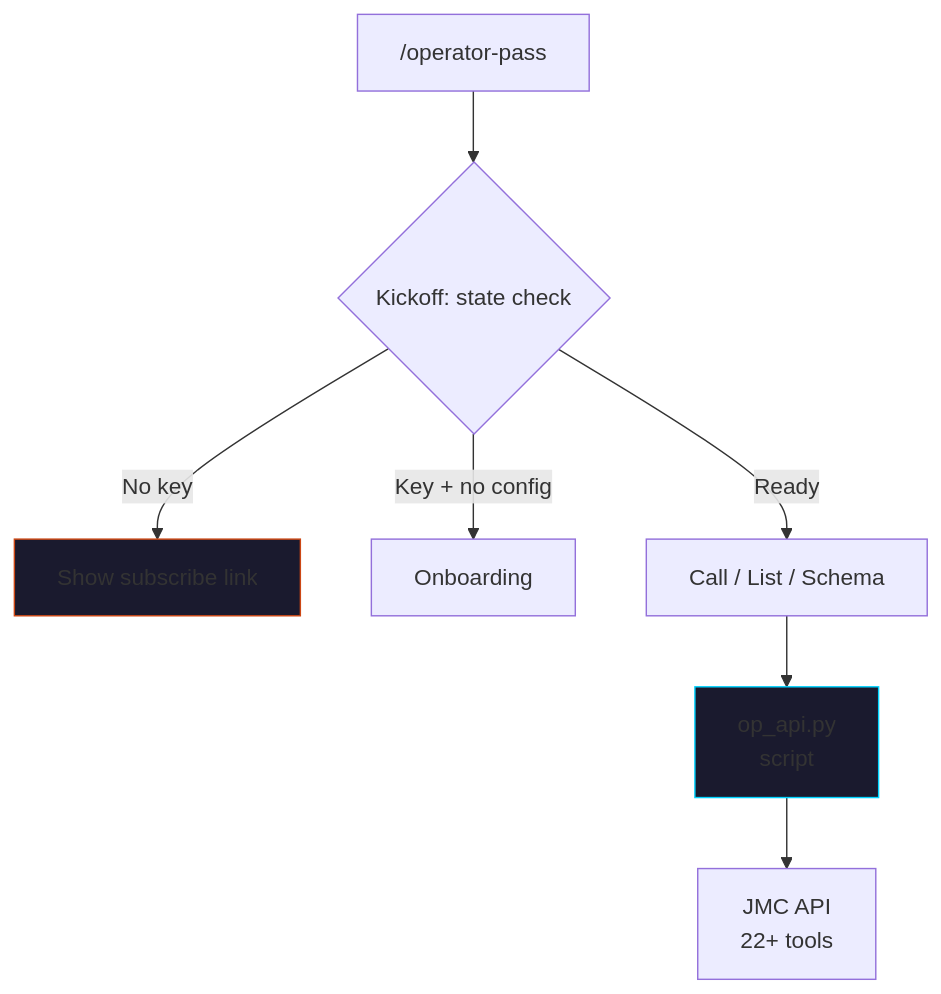
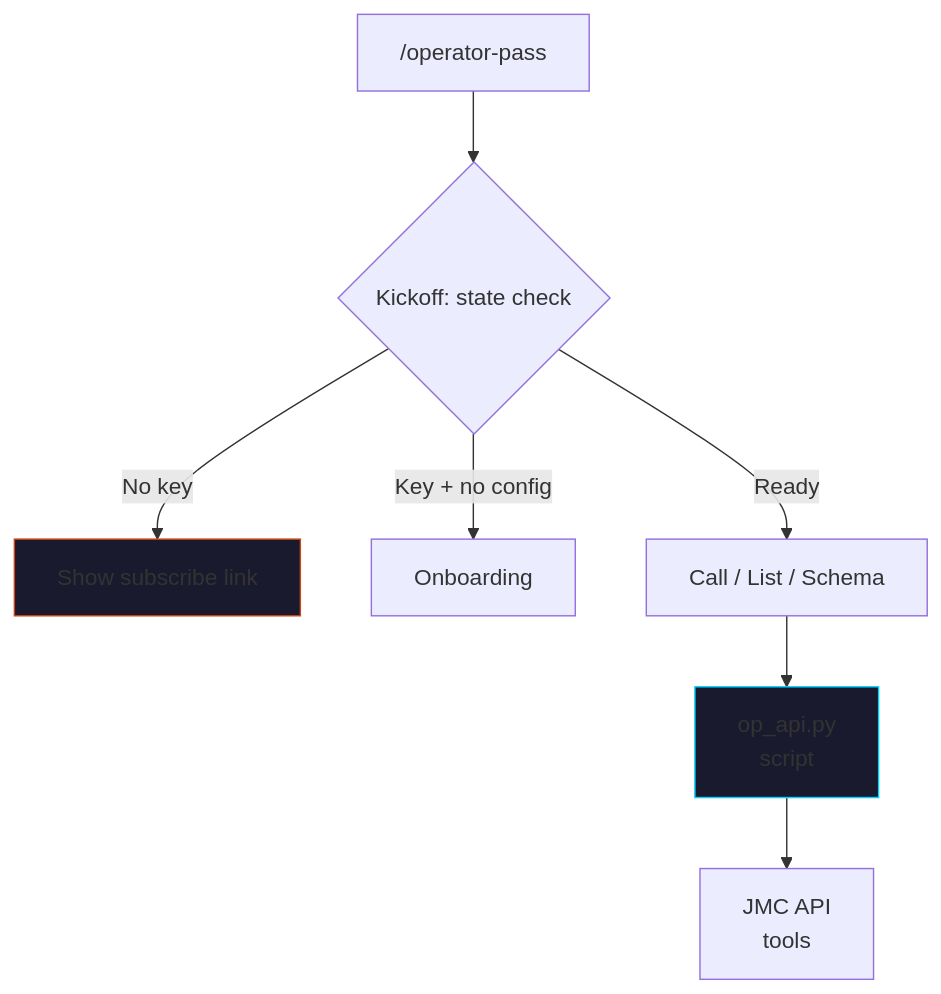
Before and after one commit to JMC-Go-to-market/claude-operator-pass: the diagram in README.md, drawn with Mermaid. The commit also changed other lines of this file and 7 other files, not shown here.

````diff
--- a/README.md
+++ b/README.md
@@ -31,12 +31,12 @@
 ```mermaid
 graph TB
     A["/operator-pass"] --> B{Kickoff: state check}
     B -->|No key| C[Show subscribe link]
     B -->|Key + no config| D[Onboarding]
     B -->|Ready| E[Call / List / Schema]
     E --> F[op_api.py<br/>script]
-    F --> G[JMC API<br/>22+ tools]
+    F --> G[JMC API<br/>tools]
 
     style C fill:#1a1a2e,stroke:#cc4714
     style F fill:#1a1a2e,stroke:#00d4ff
 ```
````
